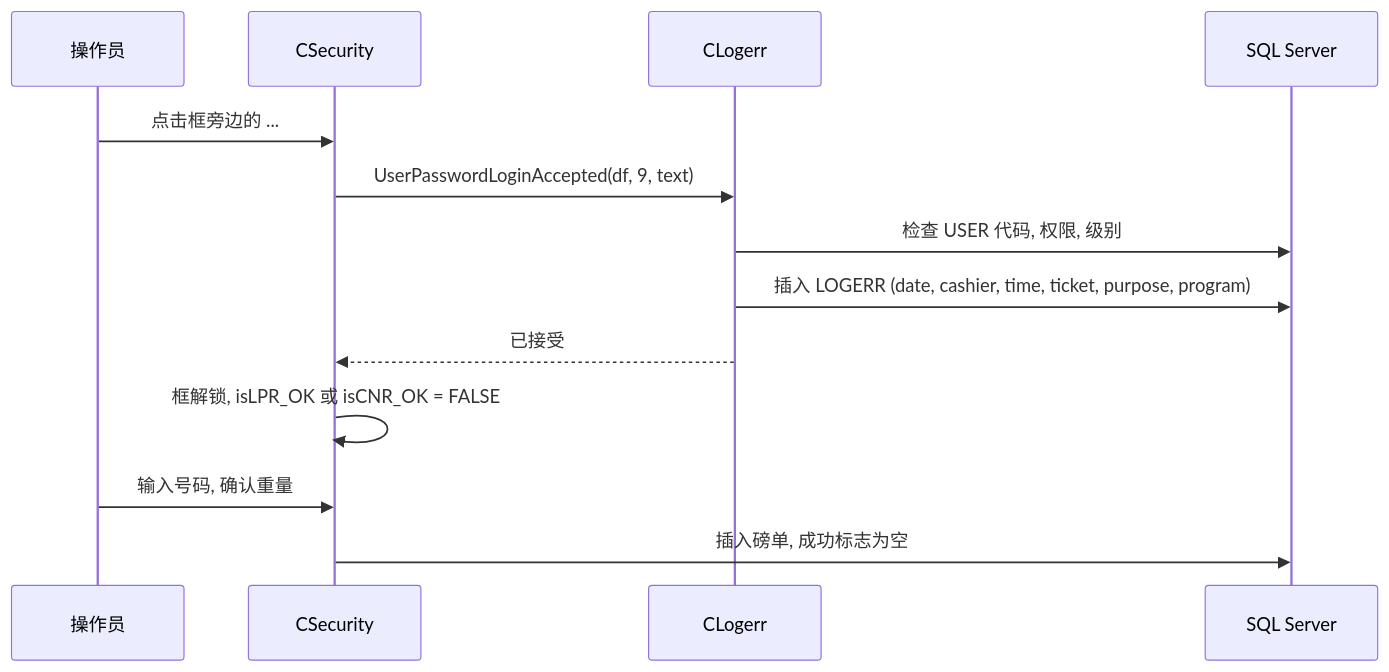
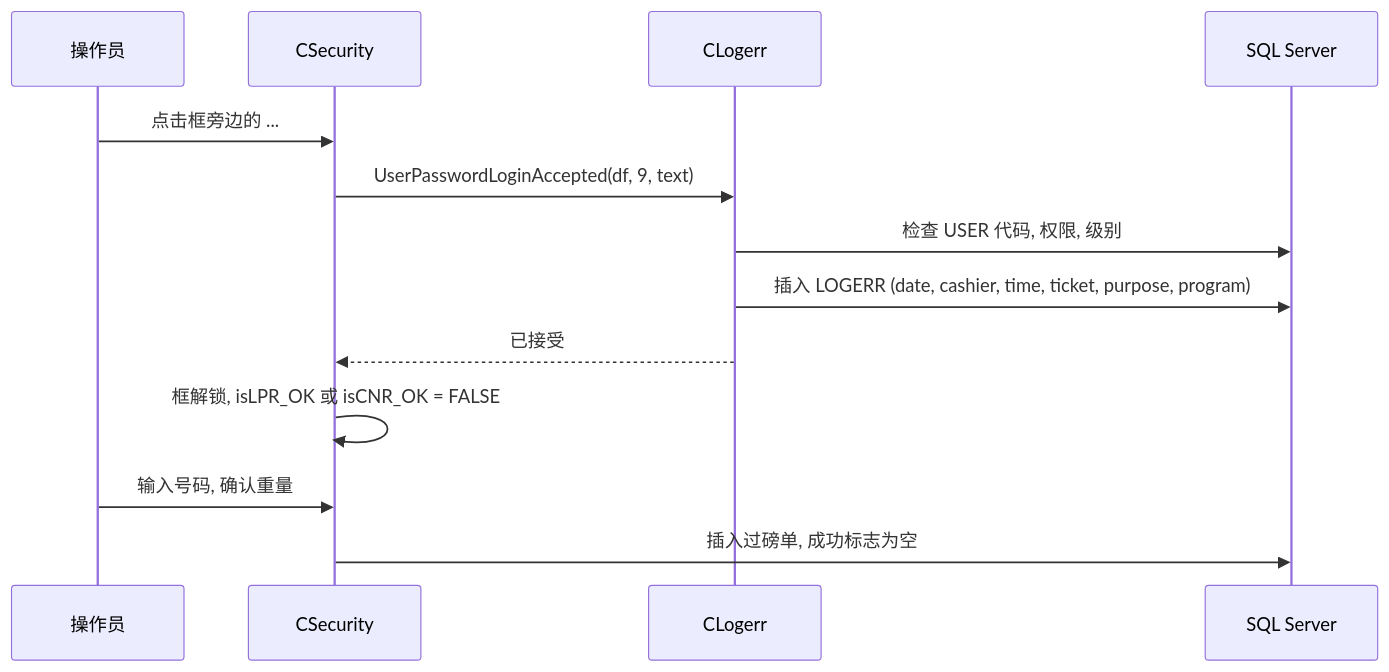
The eighth of 10 diagrams in docs/MODULE_REFERENCE.zh-CN.md (Domain-Application/Application_All_Cosmos), drawn with Mermaid before and after one commit. The commit also changed other lines of this file and 1 other file, not shown here.

````diff
--- a/docs/MODULE_REFERENCE.zh-CN.md
+++ b/docs/MODULE_REFERENCE.zh-CN.md
@@ -1107,15 +1107,15 @@
 ```mermaid
 sequenceDiagram
   participant Op as 操作员
   participant SC as CSecurity
   participant LG as CLogerr
   participant DB as SQL Server
   Op->>SC: 点击框旁边的 ...
   SC->>LG: UserPasswordLoginAccepted(df, 9, text)
   LG->>DB: 检查 USER 代码, 权限, 级别
   LG->>DB: 插入 LOGERR (date, cashier, time, ticket, purpose, program)
   LG-->>SC: 已接受
   SC->>SC: 框解锁, isLPR_OK 或 isCNR_OK = FALSE
   Op->>SC: 输入号码, 确认重量
-  SC->>DB: 插入磅单, 成功标志为空
+  SC->>DB: 插入过磅单, 成功标志为空
 ```
````
